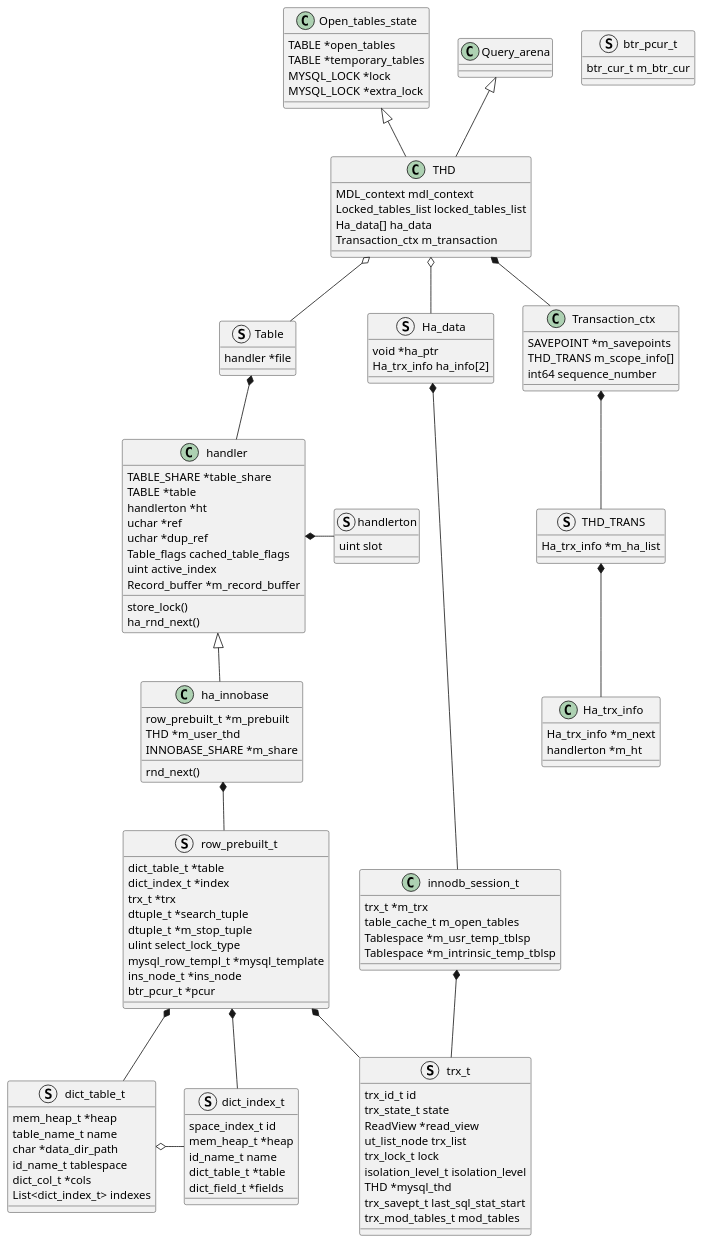
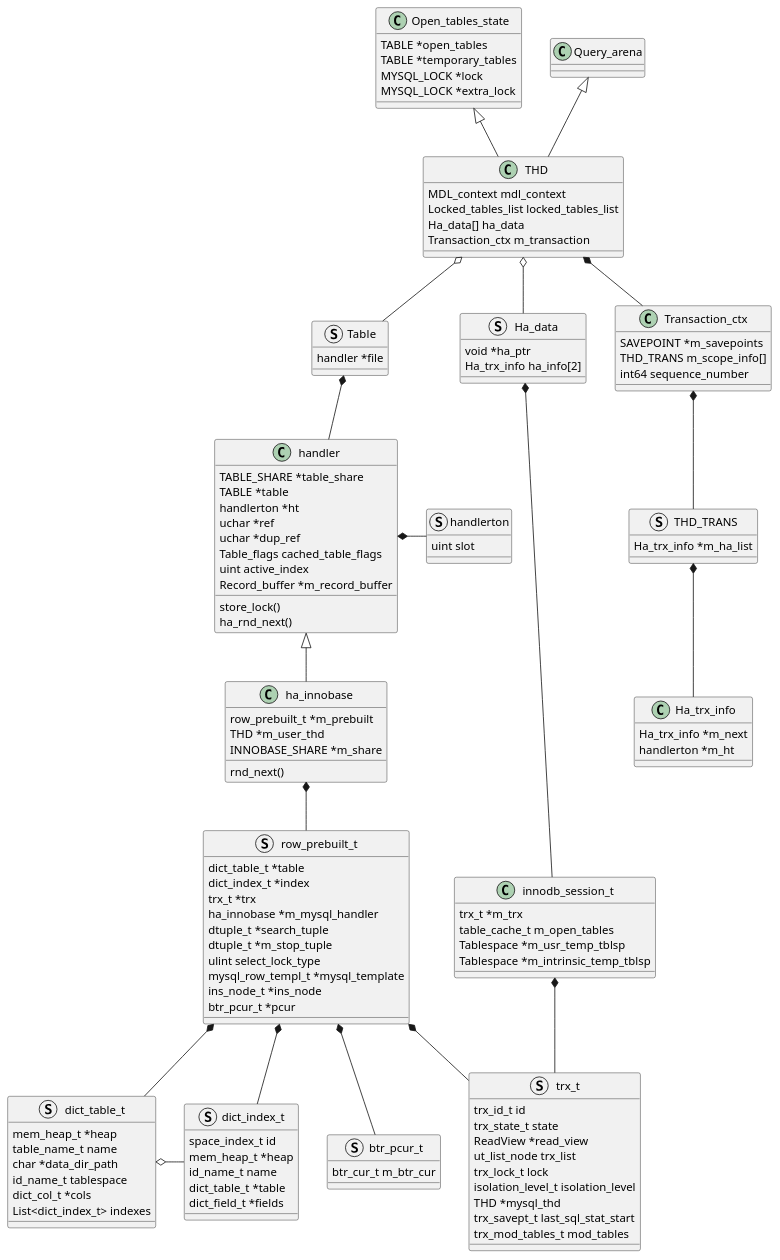
Before and after one commit to kevinwang930/kevinwang930.github.io: the second of 3 diagrams in content/post/data/db/mysql/innodb/index.md, drawn with PlantUML. The commit also changed other lines of this file, not shown here.

```diff
--- a/content/post/data/db/mysql/innodb/index.md
+++ b/content/post/data/db/mysql/innodb/index.md
@@ -188,6 +194,7 @@
   dict_table_t *table
   dict_index_t *index
   trx_t *trx
+  ha_innobase *m_mysql_handler
   dtuple_t *search_tuple
   dtuple_t *m_stop_tuple
   ulint select_lock_type
@@ -200,6 +207,8 @@
   btr_cur_t m_btr_cur
   
 }
+row_prebuilt_t *-- btr_pcur_t
+
 
 
 struct trx_t {
```
